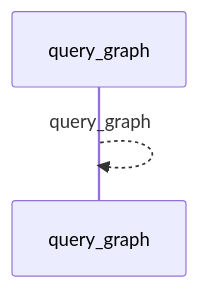
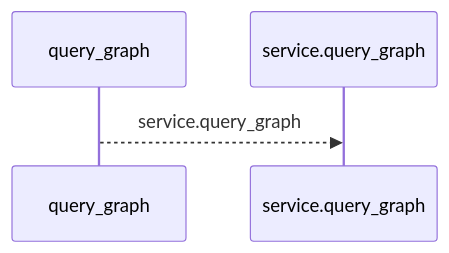
Before and after one commit to Denissvgn/python-wiki-llm: the first of 2 diagrams in docs/llm_wiki/flows/mcp-query_graph.md, drawn with Mermaid. The commit also changed other lines of this file and 719 other files, not shown here.

````diff
--- a/docs/llm_wiki/flows/mcp-query_graph.md
+++ b/docs/llm_wiki/flows/mcp-query_graph.md
@@ -10,5 +10,6 @@
 ```mermaid
 sequenceDiagram
     participant p0 as query_graph
-    p0-->>p0: query_graph
+    participant p1 as service.query_graph
+    p0-->>p1: service.query_graph
 ```
````
